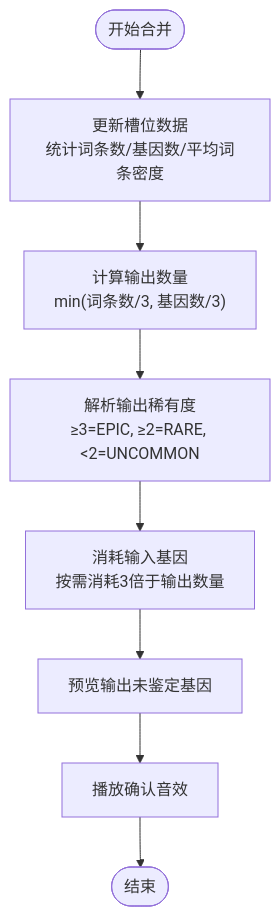
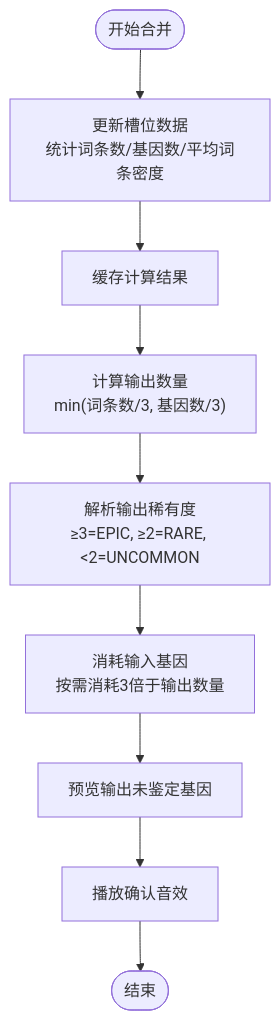
Before and after one commit to Ver-shift/SubModulesGeneHunter: the ninth of 10 diagrams in .qoder/repowiki/zh/content/模块架构/Biotech基因科技模块/Biotech基因科技模块.md, drawn with Mermaid. The commit also changed other lines of this file and 42 other files, not shown here.

````diff
--- a/.qoder/repowiki/zh/content/模块架构/Biotech基因科技模块/Biotech基因科技模块.md
+++ b/.qoder/repowiki/zh/content/模块架构/Biotech基因科技模块/Biotech基因科技模块.md
@@ -278,10 +414,11 @@
 ```mermaid
 flowchart TD
 Start(["开始合并"]) --> Update["更新槽位数据<br/>统计词条数/基因数/平均词条密度"]
-Update --> CalcOut["计算输出数量<br/>min(词条数/3, 基因数/3)"]
+Update --> Cache["缓存计算结果"]
+Cache --> CalcOut["计算输出数量<br/>min(词条数/3, 基因数/3)"]
 CalcOut --> ResolveRarity["解析输出稀有度<br/>≥3=EPIC, ≥2=RARE, <2=UNCOMMON"]
 ResolveRarity --> Consume["消耗输入基因<br/>按需消耗3倍于输出数量"]
 Consume --> Preview["预览输出未鉴定基因"]
 Preview --> PlaySound["播放确认音效"]
 PlaySound --> End(["结束"])
 ```
````
